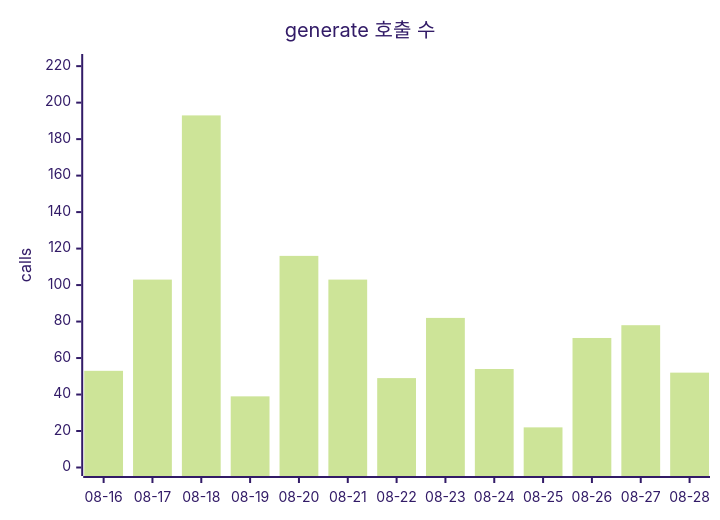
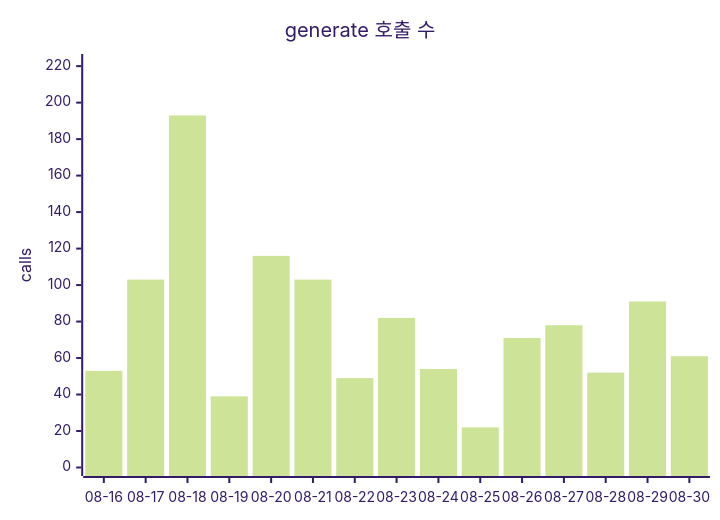
One commit to userri/PinQ-backend changed the first of 2 diagrams in docs/data/token-usage.md. Above: the diagram before and after it, drawn with Mermaid (forest theme). The commit also changed other lines of this file and 4 other files, not shown here.

````diff
--- a/docs/data/token-usage.md
+++ b/docs/data/token-usage.md
@@ -71,7 +77,7 @@
 ```mermaid
 xychart-beta
     title "generate 호출 수"
-    x-axis ["08-16", "08-17", "08-18", "08-19", "08-20", "08-21", "08-22", "08-23", "08-24", "08-25", "08-26", "08-27", "08-28"]
+    x-axis ["08-16", "08-17", "08-18", "08-19", "08-20", "08-21", "08-22", "08-23", "08-24", "08-25", "08-26", "08-27", "08-28", "08-29", "08-30"]
     y-axis "calls" 0 --> 222
-    bar [53, 103, 193, 39, 116, 103, 49, 82, 54, 22, 71, 78, 52]
+    bar [53, 103, 193, 39, 116, 103, 49, 82, 54, 22, 71, 78, 52, 91, 61]
 ```
````
